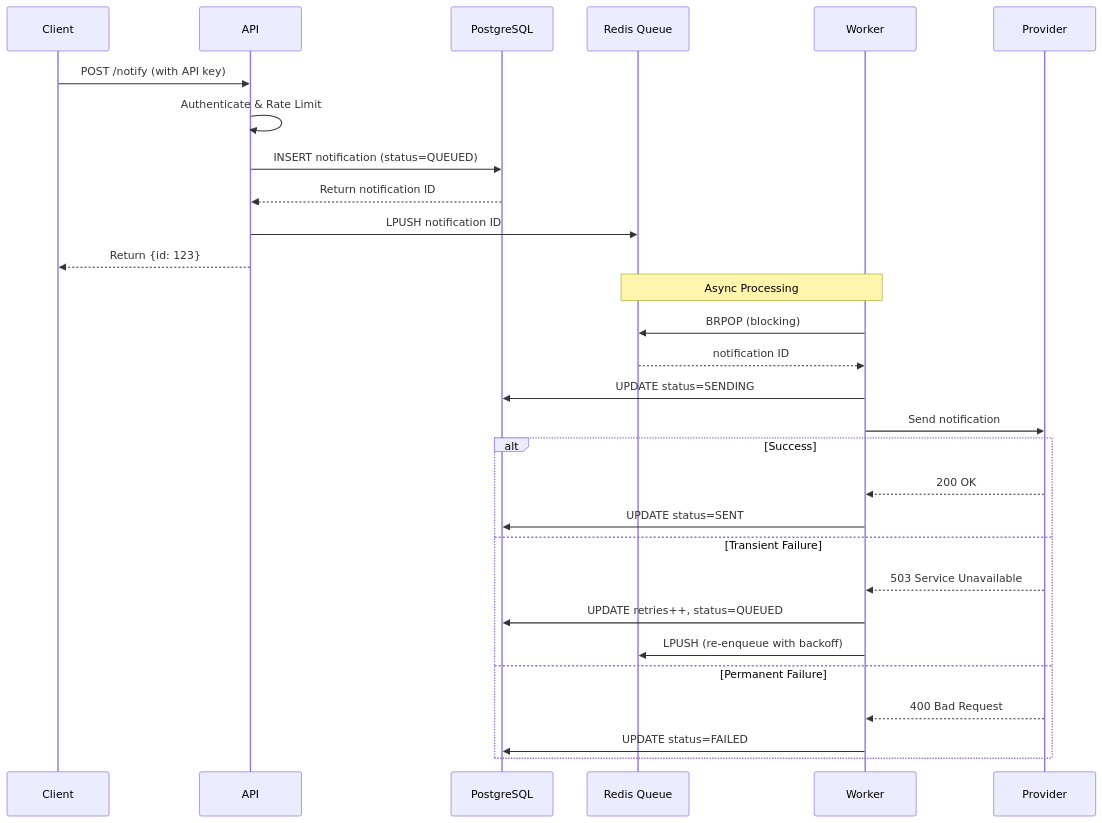
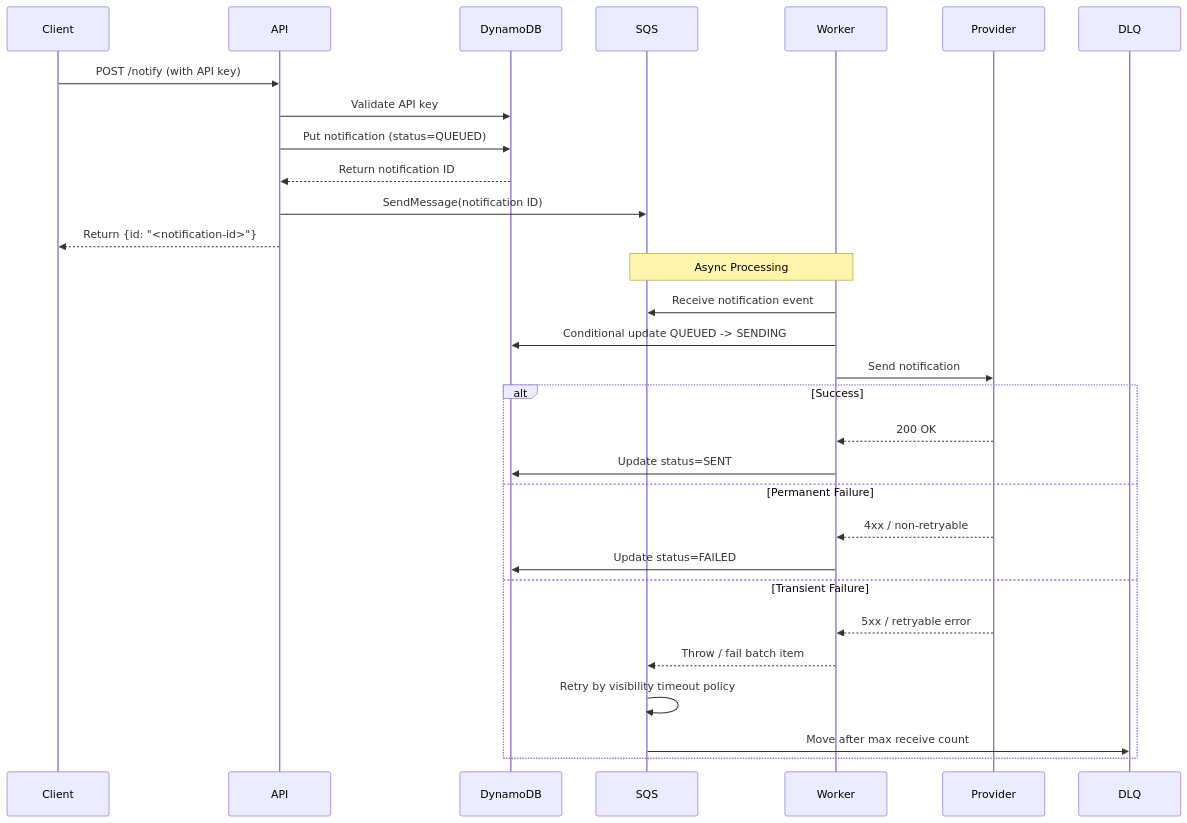
The second of 2 diagrams in README.md (kofta999/notification-service), drawn with Mermaid before and after one commit. The commit also changed other lines of this file and 43 other files, not shown here.

````diff
--- a/README.md
+++ b/README.md
@@ -119,35 +112,35 @@
 ```mermaid
 sequenceDiagram
     participant C as Client
     participant A as API
-    participant DB as PostgreSQL
-    participant R as Redis Queue
+    participant D as DynamoDB
+    participant Q as SQS
     participant W as Worker
     participant P as Provider
 
     C->>A: POST /notify (with API key)
-    A->>A: Authenticate & Rate Limit
-    A->>DB: INSERT notification (status=QUEUED)
-    DB-->>A: Return notification ID
-    A->>R: LPUSH notification ID
-    A-->>C: Return {id: 123}
+    A->>D: Validate API key
+    A->>D: Put notification (status=QUEUED)
+    D-->>A: Return notification ID
+    A->>Q: SendMessage(notification ID)
+    A-->>C: Return {id: "<notification-id>"}
 
-    Note over R,W: Async Processing
+    Note over Q,W: Async Processing
 
-    W->>R: BRPOP (blocking)
-    R-->>W: notification ID
-    W->>DB: UPDATE status=SENDING
+    W->>Q: Receive notification event
+    W->>D: Conditional update QUEUED -> SENDING
     W->>P: Send notification
 
     alt Success
         P-->>W: 200 OK
-        W->>DB: UPDATE status=SENT
+        W->>D: Update status=SENT
+    else Permanent Failure
+        P-->>W: 4xx / non-retryable
+        W->>D: Update status=FAILED
     else Transient Failure
-        P-->>W: 503 Service Unavailable
-        W->>DB: UPDATE retries++, status=QUEUED
-        W->>R: LPUSH (re-enqueue with backoff)
-    else Permanent Failure
-        P-->>W: 400 Bad Request
-        W->>DB: UPDATE status=FAILED
+        P-->>W: 5xx / retryable error
+        W-->>Q: Throw / fail batch item
+        Q->>Q: Retry by visibility timeout policy
+        Q->>DLQ: Move after max receive count
     end
 ```
````
